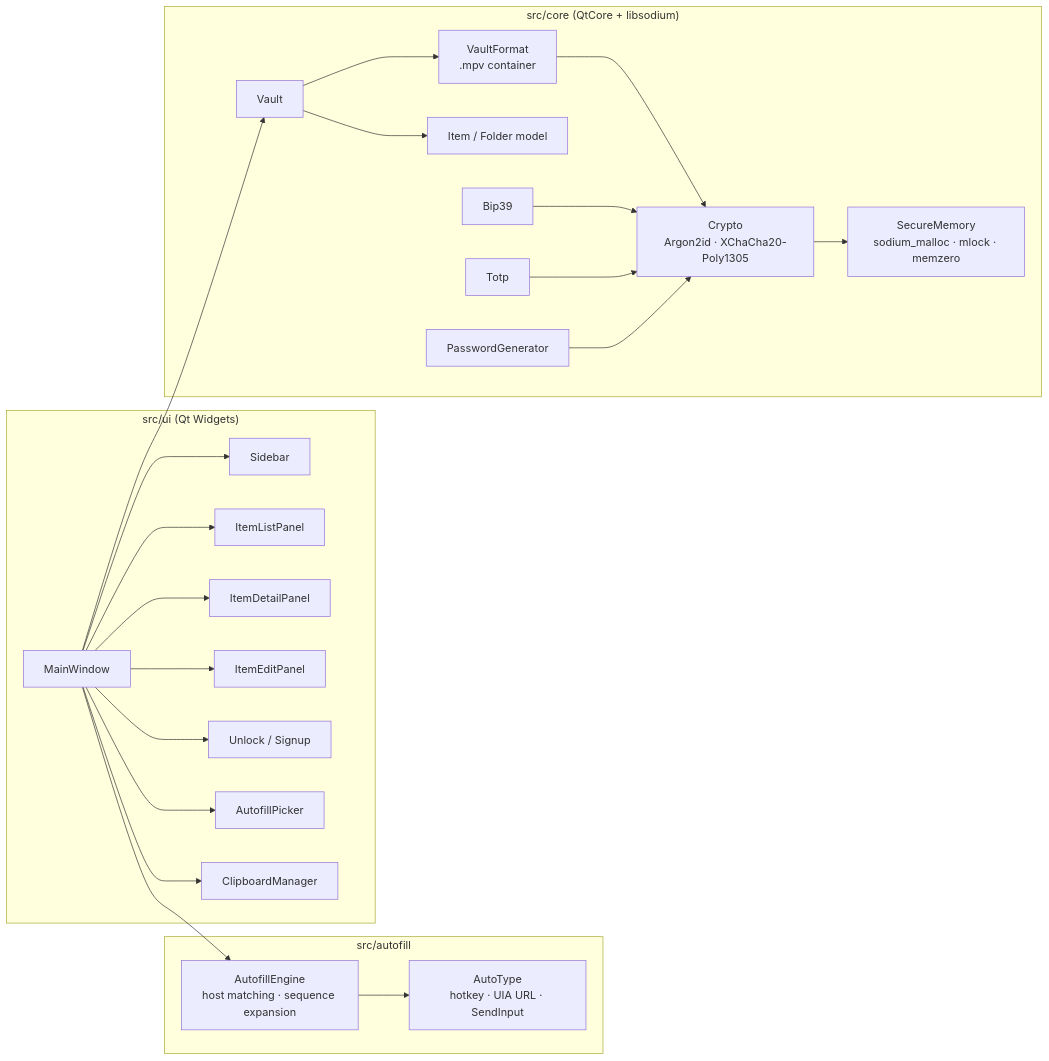
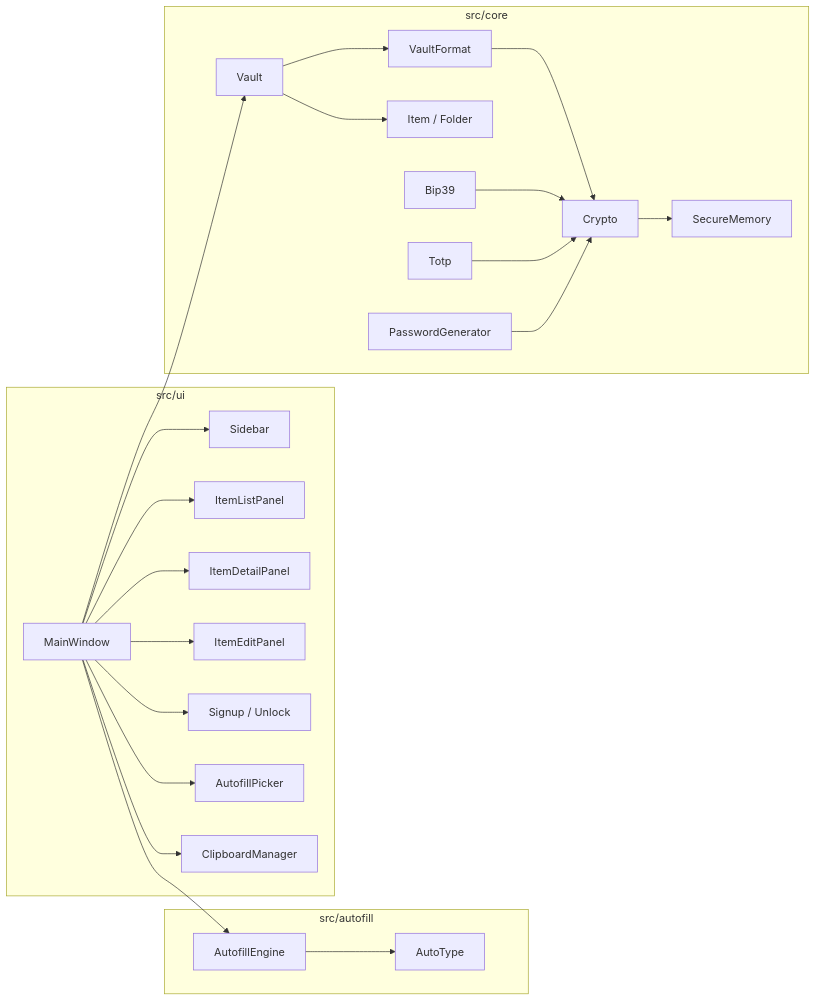
Before and after one commit to pilottX11/multipassword: the diagram in README.md, drawn with Mermaid. The commit also changed other lines of this file, not shown here.

````diff
--- a/README.md
+++ b/README.md
@@ -63,27 +128,27 @@
 ```mermaid
 flowchart LR
-    subgraph UI["src/ui  (Qt Widgets)"]
+    subgraph UI["src/ui"]
         MW[MainWindow] --> SB[Sidebar]
         MW --> LP[ItemListPanel]
         MW --> DP[ItemDetailPanel]
         MW --> EP[ItemEditPanel]
-        MW --> UD[Unlock / Signup]
+        MW --> UD[Signup / Unlock]
         MW --> AP[AutofillPicker]
         MW --> CM[ClipboardManager]
     end
     subgraph AF["src/autofill"]
-        AE[AutofillEngine<br/>host matching · sequence expansion]
-        AT[AutoType<br/>hotkey · UIA URL · SendInput]
+        AE[AutofillEngine]
+        AT[AutoType]
     end
-    subgraph CORE["src/core  (QtCore + libsodium)"]
-        V[Vault] --> VF[VaultFormat<br/>.mpv container]
-        VF --> CR[Crypto<br/>Argon2id · XChaCha20-Poly1305]
-        CR --> SM[SecureMemory<br/>sodium_malloc · mlock · memzero]
-        V --> IT[Item / Folder model]
+    subgraph CORE["src/core"]
+        V[Vault] --> VF[VaultFormat]
+        VF --> CR[Crypto]
+        CR --> SM[SecureMemory]
+        V --> IT[Item / Folder]
         B39[Bip39] --> CR
         TOTP[Totp] --> CR
         PG[PasswordGenerator] --> CR
     end
     MW --> V
     MW --> AE --> AT
 ```
````
